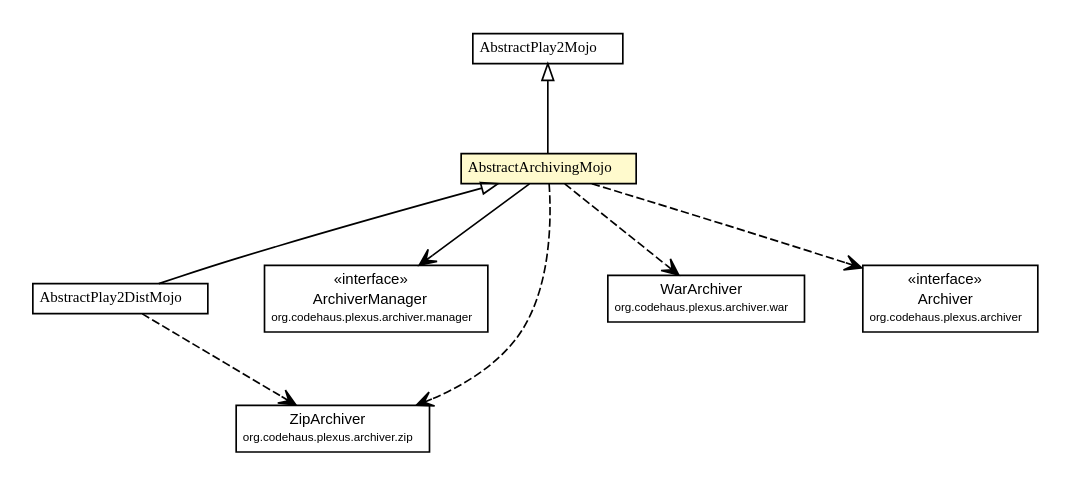
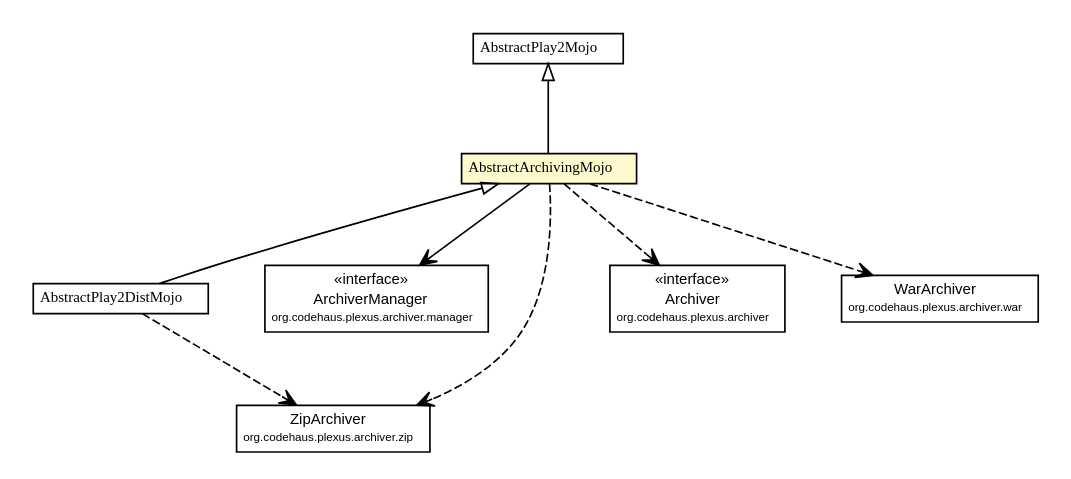
Before and after one commit to wouterhardeman/play2-maven-plugin: the diagram in mavensite/1.0.0-beta1-SNAPSHOT/play2-maven-plugin/apidocs/com/google/code/play2/plugin/AbstractArchivingMojo.dot, drawn with Graphviz. The commit also changed 224 other files, not shown here.

```diff
--- a/mavensite/1.0.0-beta1-SNAPSHOT/play2-maven-plugin/apidocs/com/google/code/play2/plugin/AbstractArchivingMojo.dot
+++ b/mavensite/1.0.0-beta1-SNAPSHOT/play2-maven-plugin/apidocs/com/google/code/play2/plugin/AbstractArchivingMojo.dot
@@ -1,74 +1,74 @@
 #!/usr/local/bin/dot
 #
 # Class diagram 
 # Generated by UMLGraph version R5_6-24-gf6e263 (http://www.umlgraph.org/)
 #
 
 digraph G {
 	edge [fontname="arial",fontsize=10,labelfontname="arial",labelfontsize=10];
 	node [fontname="arial",fontsize=10,shape=plaintext];
 	nodesep=0.25;
 	ranksep=0.5;
 	// com.google.code.play2.plugin.AbstractPlay2Mojo
 	c231 [label=<<table title="com.google.code.play2.plugin.AbstractPlay2Mojo" border="0" cellborder="1" cellspacing="0" cellpadding="2" port="p" href="./AbstractPlay2Mojo.html">
 		<tr><td><table border="0" cellspacing="0" cellpadding="1">
 <tr><td align="center" balign="center"><font face="arial italic"> AbstractPlay2Mojo </font></td></tr>
 		</table></td></tr>
 		</table>>, URL="./AbstractPlay2Mojo.html", fontname="arial", fontcolor="black", fontsize=9.0];
 	// com.google.code.play2.plugin.AbstractPlay2DistMojo
 	c233 [label=<<table title="com.google.code.play2.plugin.AbstractPlay2DistMojo" border="0" cellborder="1" cellspacing="0" cellpadding="2" port="p" href="./AbstractPlay2DistMojo.html">
 		<tr><td><table border="0" cellspacing="0" cellpadding="1">
 <tr><td align="center" balign="center"><font face="arial italic"> AbstractPlay2DistMojo </font></td></tr>
 		</table></td></tr>
 		</table>>, URL="./AbstractPlay2DistMojo.html", fontname="arial", fontcolor="black", fontsize=9.0];
 	// com.google.code.play2.plugin.AbstractArchivingMojo
 	c236 [label=<<table title="com.google.code.play2.plugin.AbstractArchivingMojo" border="0" cellborder="1" cellspacing="0" cellpadding="2" port="p" bgcolor="lemonChiffon" href="./AbstractArchivingMojo.html">
 		<tr><td><table border="0" cellspacing="0" cellpadding="1">
 <tr><td align="center" balign="center"><font face="arial italic"> AbstractArchivingMojo </font></td></tr>
 		</table></td></tr>
 		</table>>, URL="./AbstractArchivingMojo.html", fontname="arial", fontcolor="black", fontsize=9.0];
 	//com.google.code.play2.plugin.AbstractPlay2DistMojo extends com.google.code.play2.plugin.AbstractArchivingMojo
 	c236:p -> c233:p [dir=back,arrowtail=empty];
 	//com.google.code.play2.plugin.AbstractArchivingMojo extends com.google.code.play2.plugin.AbstractPlay2Mojo
 	c231:p -> c236:p [dir=back,arrowtail=empty];
 	// com.google.code.play2.plugin.AbstractArchivingMojo NAVASSOC org.codehaus.plexus.archiver.manager.ArchiverManager
 	c236:p -> c241:p [taillabel="", label="", headlabel="", fontname="arial", fontcolor="black", fontsize=10.0, color="black", arrowhead=open];
 	// com.google.code.play2.plugin.AbstractPlay2DistMojo DEPEND org.codehaus.plexus.archiver.zip.ZipArchiver
 	c233:p -> c243:p [taillabel="", label="", headlabel="", fontname="arial", fontcolor="black", fontsize=10.0, color="black", arrowhead=open, style=dashed];
+	// com.google.code.play2.plugin.AbstractArchivingMojo DEPEND org.codehaus.plexus.archiver.Archiver
+	c236:p -> c245:p [taillabel="", label="", headlabel="", fontname="arial", fontcolor="black", fontsize=10.0, color="black", arrowhead=open, style=dashed];
 	// com.google.code.play2.plugin.AbstractArchivingMojo DEPEND org.codehaus.plexus.archiver.war.WarArchiver
-	c236:p -> c247:p [taillabel="", label="", headlabel="", fontname="arial", fontcolor="black", fontsize=10.0, color="black", arrowhead=open, style=dashed];
-	// com.google.code.play2.plugin.AbstractArchivingMojo DEPEND org.codehaus.plexus.archiver.Archiver
 	c236:p -> c249:p [taillabel="", label="", headlabel="", fontname="arial", fontcolor="black", fontsize=10.0, color="black", arrowhead=open, style=dashed];
 	// com.google.code.play2.plugin.AbstractArchivingMojo DEPEND org.codehaus.plexus.archiver.zip.ZipArchiver
 	c236:p -> c243:p [taillabel="", label="", headlabel="", fontname="arial", fontcolor="black", fontsize=10.0, color="black", arrowhead=open, style=dashed];
 	// org.codehaus.plexus.archiver.manager.ArchiverManager
 	c241 [label=<<table title="org.codehaus.plexus.archiver.manager.ArchiverManager" border="0" cellborder="1" cellspacing="0" cellpadding="2" port="p" href="http://maven-play-plugin.googlecode.com/svn/apidocs/org/codehaus/plexus/plexus-archiver/3.0/org/codehaus/plexus/archiver/manager/ArchiverManager.html">
 		<tr><td><table border="0" cellspacing="0" cellpadding="1">
 <tr><td align="center" balign="center"> &#171;interface&#187; </td></tr>
 <tr><td align="center" balign="center"> ArchiverManager </td></tr>
 <tr><td align="center" balign="center"><font point-size="7.0"> org.codehaus.plexus.archiver.manager </font></td></tr>
 		</table></td></tr>
 		</table>>, URL="http://maven-play-plugin.googlecode.com/svn/apidocs/org/codehaus/plexus/plexus-archiver/3.0/org/codehaus/plexus/archiver/manager/ArchiverManager.html", fontname="arial", fontcolor="black", fontsize=9.0];
 	// org.codehaus.plexus.archiver.war.WarArchiver
-	c247 [label=<<table title="org.codehaus.plexus.archiver.war.WarArchiver" border="0" cellborder="1" cellspacing="0" cellpadding="2" port="p" href="http://maven-play-plugin.googlecode.com/svn/apidocs/org/codehaus/plexus/plexus-archiver/3.0/org/codehaus/plexus/archiver/war/WarArchiver.html">
+	c249 [label=<<table title="org.codehaus.plexus.archiver.war.WarArchiver" border="0" cellborder="1" cellspacing="0" cellpadding="2" port="p" href="http://maven-play-plugin.googlecode.com/svn/apidocs/org/codehaus/plexus/plexus-archiver/3.0/org/codehaus/plexus/archiver/war/WarArchiver.html">
 		<tr><td><table border="0" cellspacing="0" cellpadding="1">
 <tr><td align="center" balign="center"> WarArchiver </td></tr>
 <tr><td align="center" balign="center"><font point-size="7.0"> org.codehaus.plexus.archiver.war </font></td></tr>
 		</table></td></tr>
 		</table>>, URL="http://maven-play-plugin.googlecode.com/svn/apidocs/org/codehaus/plexus/plexus-archiver/3.0/org/codehaus/plexus/archiver/war/WarArchiver.html", fontname="arial", fontcolor="black", fontsize=9.0];
 	// org.codehaus.plexus.archiver.Archiver
-	c249 [label=<<table title="org.codehaus.plexus.archiver.Archiver" border="0" cellborder="1" cellspacing="0" cellpadding="2" port="p" href="http://maven-play-plugin.googlecode.com/svn/apidocs/org/codehaus/plexus/plexus-archiver/3.0/org/codehaus/plexus/archiver/Archiver.html">
+	c245 [label=<<table title="org.codehaus.plexus.archiver.Archiver" border="0" cellborder="1" cellspacing="0" cellpadding="2" port="p" href="http://maven-play-plugin.googlecode.com/svn/apidocs/org/codehaus/plexus/plexus-archiver/3.0/org/codehaus/plexus/archiver/Archiver.html">
 		<tr><td><table border="0" cellspacing="0" cellpadding="1">
 <tr><td align="center" balign="center"> &#171;interface&#187; </td></tr>
 <tr><td align="center" balign="center"> Archiver </td></tr>
 <tr><td align="center" balign="center"><font point-size="7.0"> org.codehaus.plexus.archiver </font></td></tr>
 		</table></td></tr>
 		</table>>, URL="http://maven-play-plugin.googlecode.com/svn/apidocs/org/codehaus/plexus/plexus-archiver/3.0/org/codehaus/plexus/archiver/Archiver.html", fontname="arial", fontcolor="black", fontsize=9.0];
 	// org.codehaus.plexus.archiver.zip.ZipArchiver
 	c243 [label=<<table title="org.codehaus.plexus.archiver.zip.ZipArchiver" border="0" cellborder="1" cellspacing="0" cellpadding="2" port="p" href="http://maven-play-plugin.googlecode.com/svn/apidocs/org/codehaus/plexus/plexus-archiver/3.0/org/codehaus/plexus/archiver/zip/ZipArchiver.html">
 		<tr><td><table border="0" cellspacing="0" cellpadding="1">
 <tr><td align="center" balign="center"> ZipArchiver </td></tr>
 <tr><td align="center" balign="center"><font point-size="7.0"> org.codehaus.plexus.archiver.zip </font></td></tr>
 		</table></td></tr>
 		</table>>, URL="http://maven-play-plugin.googlecode.com/svn/apidocs/org/codehaus/plexus/plexus-archiver/3.0/org/codehaus/plexus/archiver/zip/ZipArchiver.html", fontname="arial", fontcolor="black", fontsize=9.0];
 }
```
